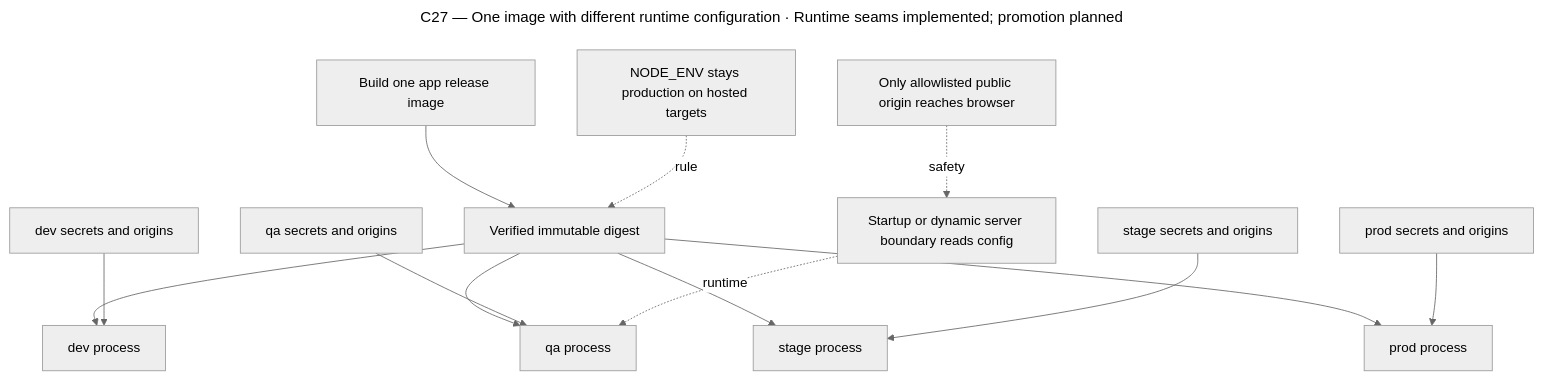
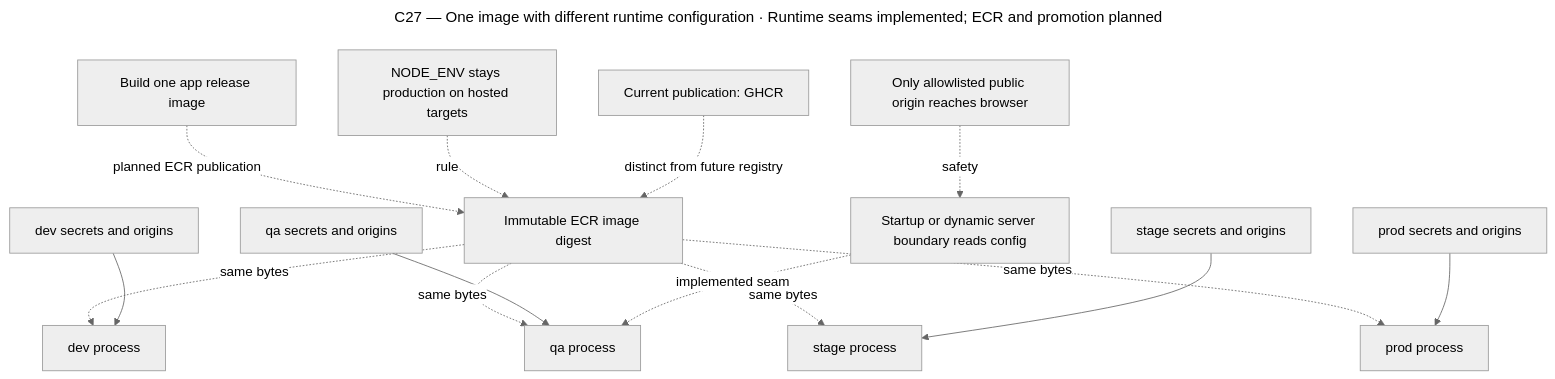
The diagram in docs/diagrams/sources/c27-one-image-with-different-runtime-configuration.mmd (ashvir99260/flowboard), drawn with Mermaid (neutral theme) before and after one commit. The commit also changed 42 other files, not shown here.

Commit message:
docs: reconcile architecture with deployed services

```diff
--- a/docs/diagrams/sources/c27-one-image-with-different-runtime-configuration.mmd
+++ b/docs/diagrams/sources/c27-one-image-with-different-runtime-configuration.mmd
@@ -1,16 +1,17 @@
 ---
-title: "C27 — One image with different runtime configuration · Runtime seams implemented; promotion planned"
+title: "C27 — One image with different runtime configuration · Runtime seams implemented; ECR and promotion planned"
 ---
 flowchart TD
-  Build[Build one app release image] --> Digest[Verified immutable digest]
-  Digest --> Dev[dev process]
-  Digest --> QA[qa process]
-  Digest --> Stage[stage process]
-  Digest --> Prod[prod process]
+  Build[Build one app release image] -. planned ECR publication .-> Digest[Immutable ECR image digest]
+  Digest -. same bytes .-> Dev[dev process]
+  Digest -. same bytes .-> QA[qa process]
+  Digest -. same bytes .-> Stage[stage process]
+  Digest -. same bytes .-> Prod[prod process]
   DevConfig[dev secrets and origins] --> Dev
   QAConfig[qa secrets and origins] --> QA
   StageConfig[stage secrets and origins] --> Stage
   ProdConfig[prod secrets and origins] --> Prod
   Mode[NODE_ENV stays production on hosted targets] -. rule .-> Digest
-  Boundary[Startup or dynamic server boundary reads config] -. runtime .-> QA
+  Boundary[Startup or dynamic server boundary reads config] -. implemented seam .-> QA
   Public[Only allowlisted public origin reaches browser] -. safety .-> Boundary
+  Current[Current publication: GHCR] -. distinct from future registry .-> Digest
```
